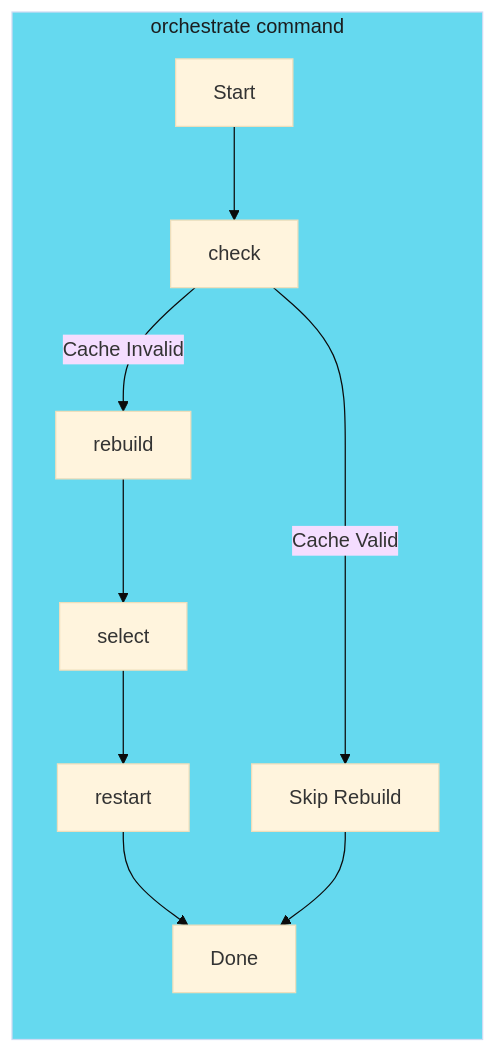
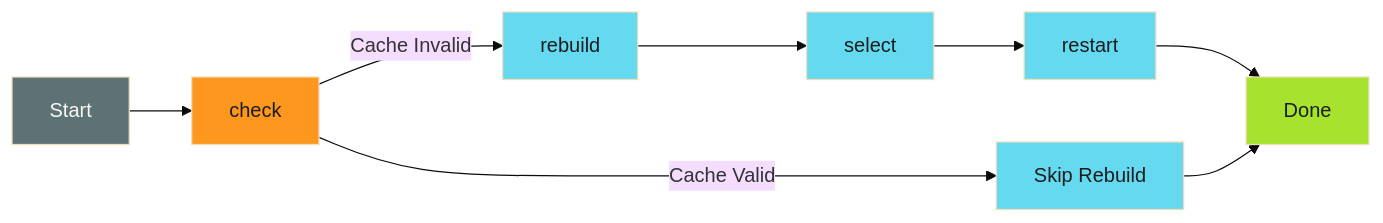
One commit to adaptive-enforcement-lab/adaptive-enforcement-lab-com changed the diagram in docs/developer-guide/go-cli-architecture/command-architecture/index.md. Above: the diagram before and after it, drawn with Mermaid (base theme). The commit also changed 2 other files, not shown here.

Commit message:
fix: improve Mermaid diagram readability
- Remove subgraph backgrounds that obscure text
- Add semantic colors to all nodes
- Simplify testing pyramid without nested subgraphs
- Color orchestrator flow nodes by function type
- Color build flow nodes by stage (build vs runtime)

````diff
--- a/docs/developer-guide/go-cli-architecture/command-architecture/index.md
+++ b/docs/developer-guide/go-cli-architecture/command-architecture/index.md
@@ -21,14 +21,18 @@
 ```mermaid
 graph LR
-    subgraph Orchestrator["orchestrate command"]
-        Start[Start] --> Check[check]
-        Check -->|Cache Valid| Skip[Skip Rebuild]
-        Check -->|Cache Invalid| Rebuild[rebuild]
-        Rebuild --> Select[select]
-        Select --> Restart[restart]
-        Restart --> Done[Done]
-        Skip --> Done
-    end
+    Start[Start] --> Check[check]
+    Check -->|Cache Valid| Skip[Skip Rebuild]
+    Check -->|Cache Invalid| Rebuild[rebuild]
+    Rebuild --> Select[select]
+    Select --> Restart[restart]
+    Restart --> Done[Done]
+    Skip --> Done
 
-    style Orchestrator fill:#65d9ef,color:#1b1d1e
+    style Start fill:#5e7175,color:#f8f8f3
+    style Check fill:#fd971e,color:#1b1d1e
+    style Skip fill:#65d9ef,color:#1b1d1e
+    style Rebuild fill:#65d9ef,color:#1b1d1e
+    style Select fill:#65d9ef,color:#1b1d1e
+    style Restart fill:#65d9ef,color:#1b1d1e
+    style Done fill:#a7e22e,color:#1b1d1e
 ```
````
